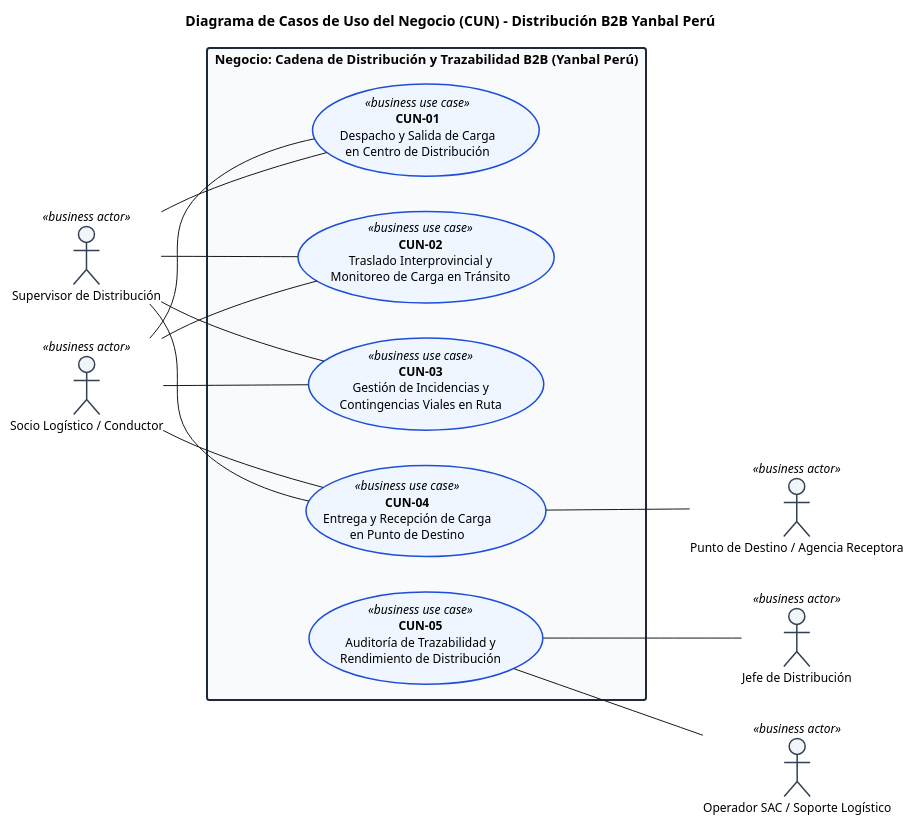
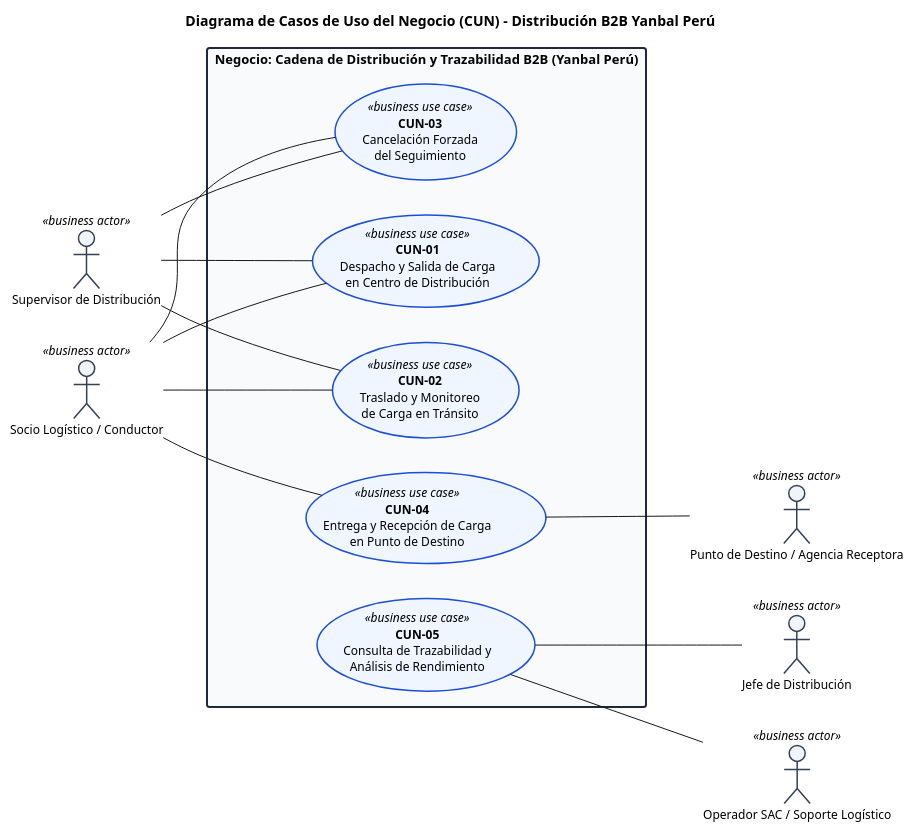
One commit to SaraviaH/arq-emp changed the second of 2 diagrams in Diagrama de Casos de Uso del Negocio (CUN)/diagrama.md. Above: the diagram before and after it, drawn with PlantUML. The commit also changed other lines of this file and 49 other files, not shown here.

```diff
--- a/Diagrama de Casos de Uso del Negocio (CUN)/diagrama.md
+++ b/Diagrama de Casos de Uso del Negocio (CUN)/diagrama.md
@@ -112,13 +151,13 @@
 
     usecase "<b>CUN-01</b>\nDespacho y Salida de Carga\nen Centro de Distribución" as CUN01 <<business use case>>
 
-    usecase "<b>CUN-02</b>\nTraslado Interprovincial y\nMonitoreo de Carga en Tránsito" as CUN02 <<business use case>>
+    usecase "<b>CUN-02</b>\nTraslado y Monitoreo\nde Carga en Tránsito" as CUN02 <<business use case>>
 
-    usecase "<b>CUN-03</b>\nGestión de Incidencias y\nContingencias Viales en Ruta" as CUN03 <<business use case>>
+    usecase "<b>CUN-03</b>\nCancelación Forzada\ndel Seguimiento" as CUN03 <<business use case>>
 
     usecase "<b>CUN-04</b>\nEntrega y Recepción de Carga\nen Punto de Destino" as CUN04 <<business use case>>
 
-    usecase "<b>CUN-05</b>\nAuditoría de Trazabilidad y\nRendimiento de Distribución" as CUN05 <<business use case>>
+    usecase "<b>CUN-05</b>\nConsulta de Trazabilidad y\nAnálisis de Rendimiento" as CUN05 <<business use case>>
 }
 
 ' ==========================================
@@ -129,7 +168,6 @@
 SUP -- CUN01
 SUP -- CUN02
 SUP -- CUN03
-SUP -- CUN04
 
 ' Conexiones del Conductor / Socio Logístico
 SL -- CUN01
```
